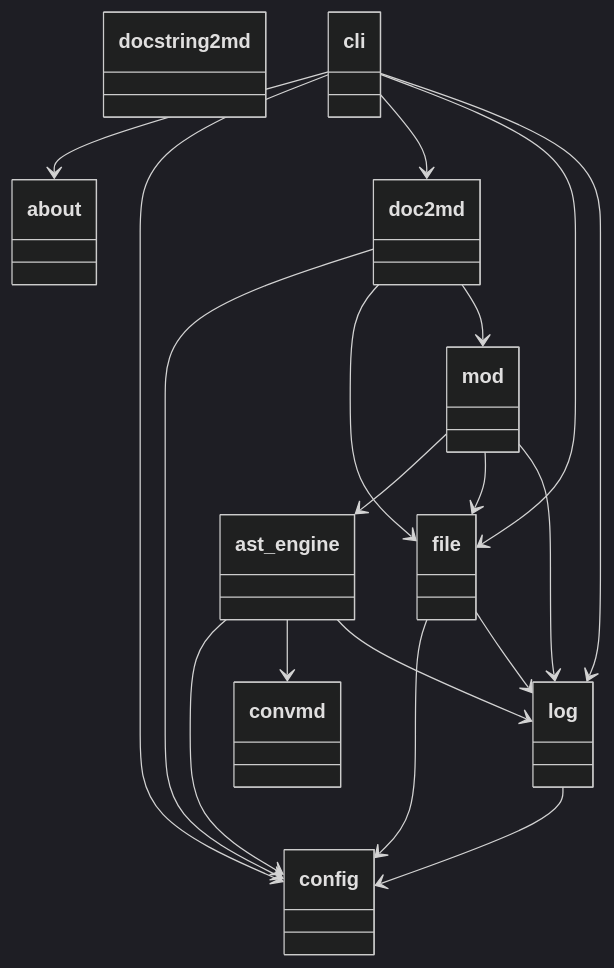
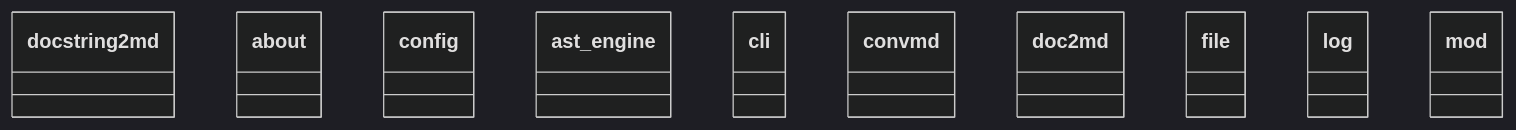
One commit to francois-le-ko4la/docstring-to-markdown changed the diagram in doc/packages_docstring2md.mmd. Above: the diagram before and after it, drawn with Mermaid (dark theme). The commit also changed 13 other files, not shown here.

```diff
--- a/doc/packages_docstring2md.mmd
+++ b/doc/packages_docstring2md.mmd
@@ -1,38 +1,21 @@
 classDiagram
   class docstring2md {
   }
   class __about__ {
   }
   class __config__ {
   }
   class ast_engine {
   }
   class cli {
   }
   class convmd {
   }
   class doc2md {
   }
   class file {
   }
   class log {
   }
   class mod {
   }
-  ast_engine --> __config__
-  ast_engine --> convmd
-  ast_engine --> log
-  cli --> __about__
-  cli --> __config__
-  cli --> doc2md
-  cli --> file
-  cli --> log
-  doc2md --> __config__
-  doc2md --> file
-  doc2md --> mod
-  file --> __config__
-  file --> log
-  log --> __config__
-  mod --> ast_engine
-  mod --> file
-  mod --> log
```
